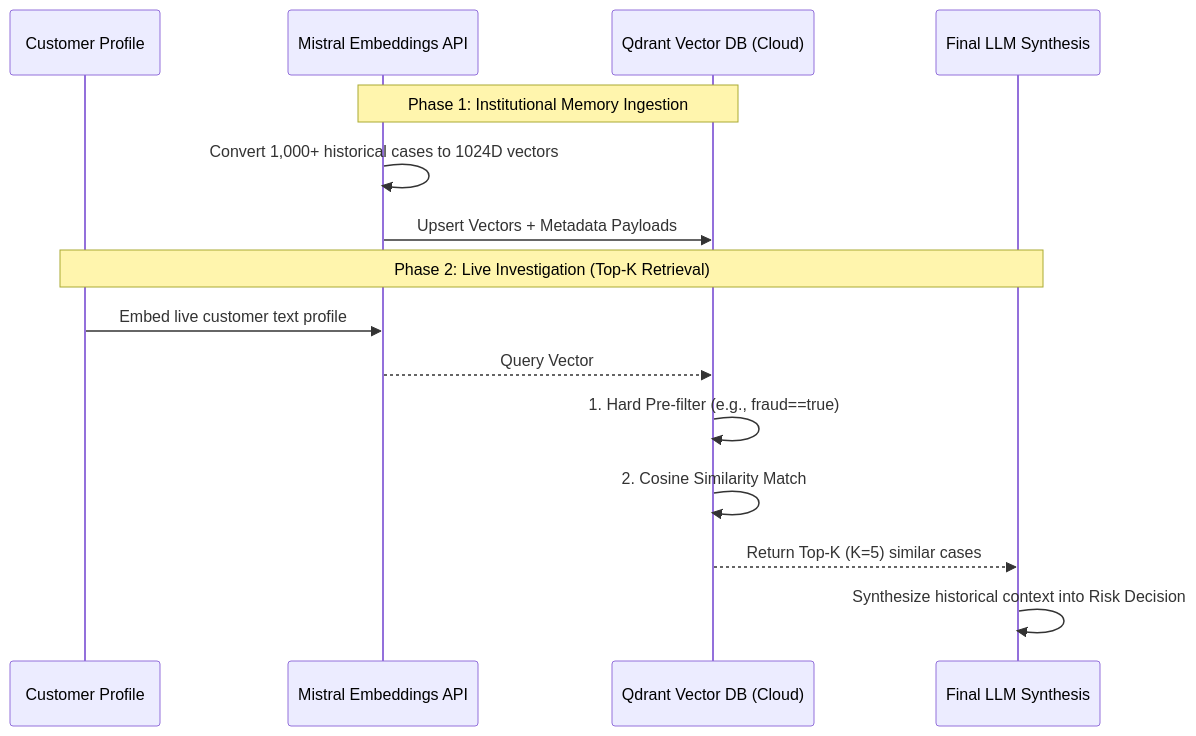
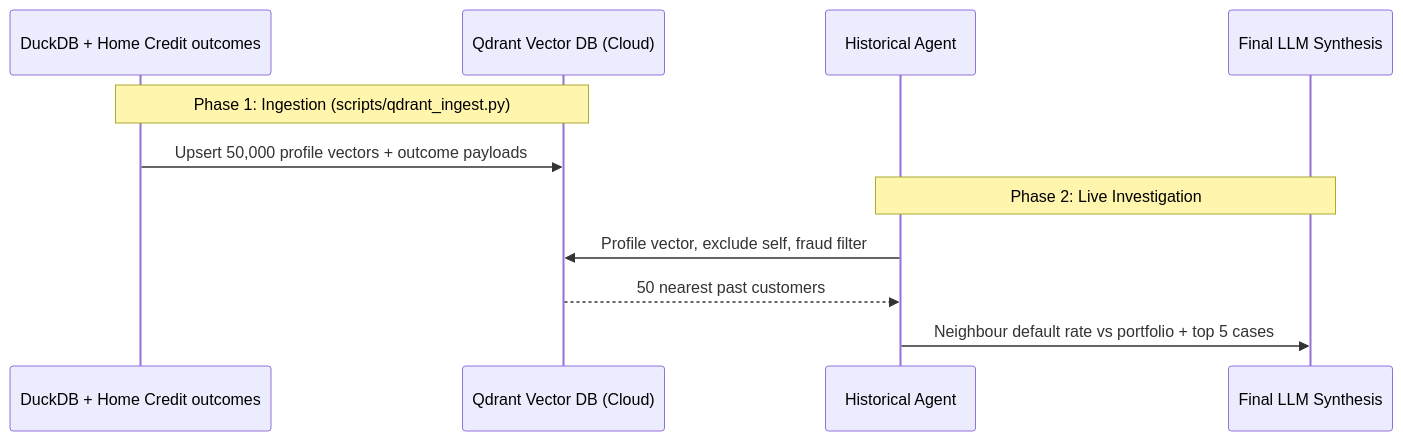
The second of 3 diagrams in README.md (shantanushinde99/FinShield---Autonomous-Banking-Risk-Intelligence), drawn with Mermaid before and after one commit. The commit also changed other lines of this file and 20 other files, not shown here.

Commit message:
feat: improve customer memory retrieval

````diff
--- a/README.md
+++ b/README.md
@@ -143,23 +145,15 @@
 ```mermaid
 sequenceDiagram
-    participant Profile as Customer Profile
-    participant Mistral as Mistral Embeddings API
+    participant DB as DuckDB + Home Credit outcomes
     participant Qdrant as Qdrant Vector DB (Cloud)
+    participant Agent as Historical Agent
     participant LLM as Final LLM Synthesis
-    
-    %% Ingestion Phase
-    Note over Mistral,Qdrant: Phase 1: Institutional Memory Ingestion
-    Mistral->>Mistral: Convert 1,000+ historical cases to 1024D vectors
-    Mistral->>Qdrant: Upsert Vectors + Metadata Payloads
-    
-    %% Retrieval Phase
-    Note over Profile,LLM: Phase 2: Live Investigation (Top-K Retrieval)
-    Profile->>Mistral: Embed live customer text profile
-    Mistral-->>Qdrant: Query Vector
-    
-    Qdrant->>Qdrant: 1. Hard Pre-filter (e.g., fraud==true)
-    Qdrant->>Qdrant: 2. Cosine Similarity Match
-    Qdrant-->>LLM: Return Top-K (K=5) similar cases
-    
-    LLM->>LLM: Synthesize historical context into Risk Decision
+
+    Note over DB,Qdrant: Phase 1: Ingestion (scripts/qdrant_ingest.py)
+    DB->>Qdrant: Upsert 50,000 profile vectors + outcome payloads
+
+    Note over Agent,LLM: Phase 2: Live Investigation
+    Agent->>Qdrant: Profile vector, exclude self, fraud filter
+    Qdrant-->>Agent: 50 nearest past customers
+    Agent->>LLM: Neighbour default rate vs portfolio + top 5 cases
 ```
````
